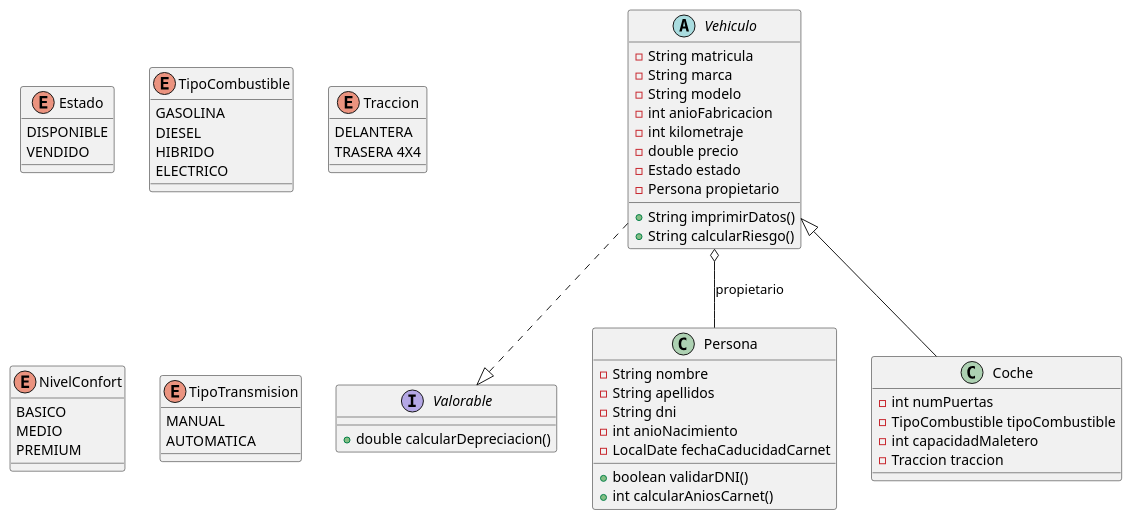
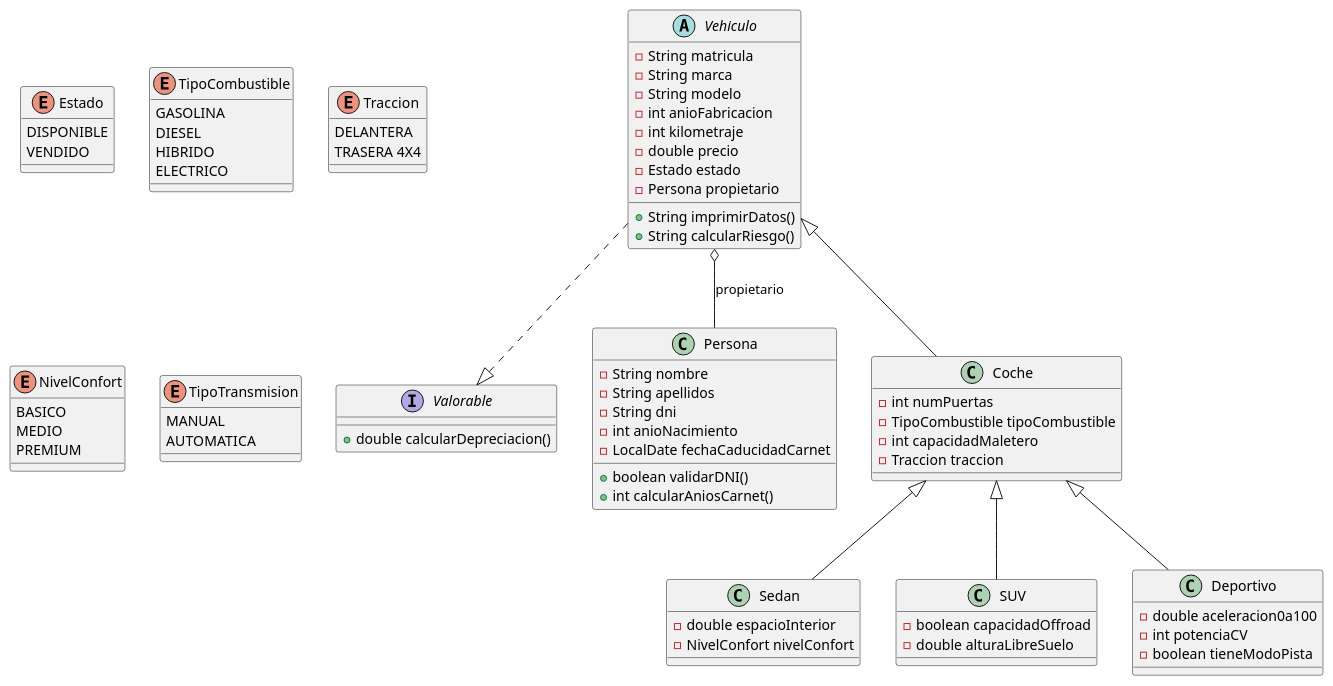
Before and after one commit to R-MEduca/UT5_ED_Prog: the diagram in uml/diagrama_clases.puml, drawn with PlantUML. The commit also changed 1 other file, not shown here.

Commit message:
Añado subtipos de coche y enlaces

```diff
--- a/uml/diagrama_clases.puml
+++ b/uml/diagrama_clases.puml
@@ -1,80 +1,101 @@
 @startuml
 
 ' === Enumeraciones ===
 enum Estado {
 DISPONIBLE
 VENDIDO
 }
 
 enum TipoCombustible {
 GASOLINA
 DIESEL
 HIBRIDO
 ELECTRICO
 }
 
 enum Traccion {
 DELANTERA
 TRASERA 4X4
 }
 
 enum NivelConfort{
 BASICO
 MEDIO
 PREMIUM
 }
 
 enum TipoTransmision{
 MANUAL
 AUTOMATICA
 }
 
 ' ===Interfaz===
 interface Valorable {
 +double calcularDepreciacion()
 }
 
 ' === Clase Persona ===
 class Persona {
   -String nombre
   -String apellidos
   -String dni
   -int anioNacimiento
   -LocalDate fechaCaducidadCarnet
 
   +boolean validarDNI()
   +int calcularAniosCarnet()
 }
 
 ' === Clase abstracta Vehiculo ===
 abstract class Vehiculo {
   -String matricula
   -String marca
   -String modelo
   -int anioFabricacion
   -int kilometraje
   -double precio
   -Estado estado
   -Persona propietario
 
   +String imprimirDatos()
   +String calcularRiesgo()
 }
 
 ' === Clase Coche ===
 class Coche {
   -int numPuertas
   -TipoCombustible tipoCombustible
   -int capacidadMaletero
   -Traccion traccion
 }
 
+' === Subtipos de Coche ===
+class Sedan {
+  -double espacioInterior
+  -NivelConfort nivelConfort
+}
+
+class SUV {
+  -boolean capacidadOffroad
+  -double alturaLibreSuelo
+}
+
+class Deportivo {
+  -double aceleracion0a100
+  -int potenciaCV
+  -boolean tieneModoPista
+}
+
+Coche <|-- Sedan
+Coche <|-- SUV
+Coche <|-- Deportivo
+
 Vehiculo <|-- Coche
 
 Vehiculo ..|> Valorable
 
 Vehiculo o-- Persona : propietario
 
 
 
 @enduml
```
